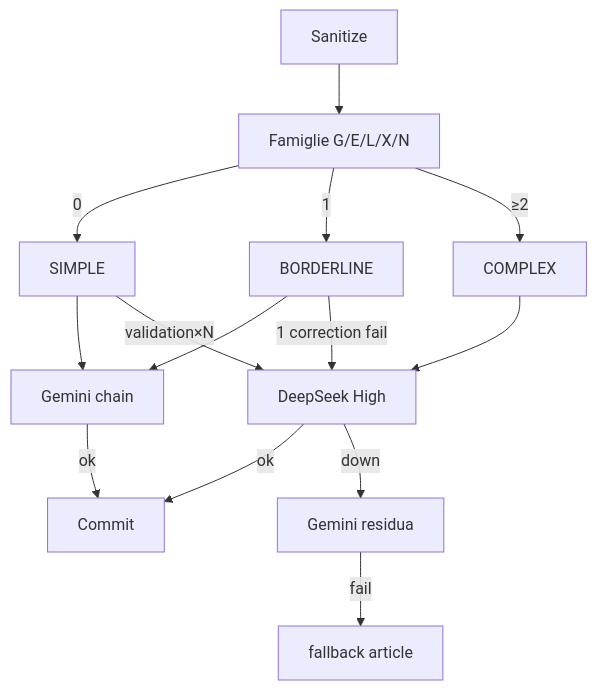
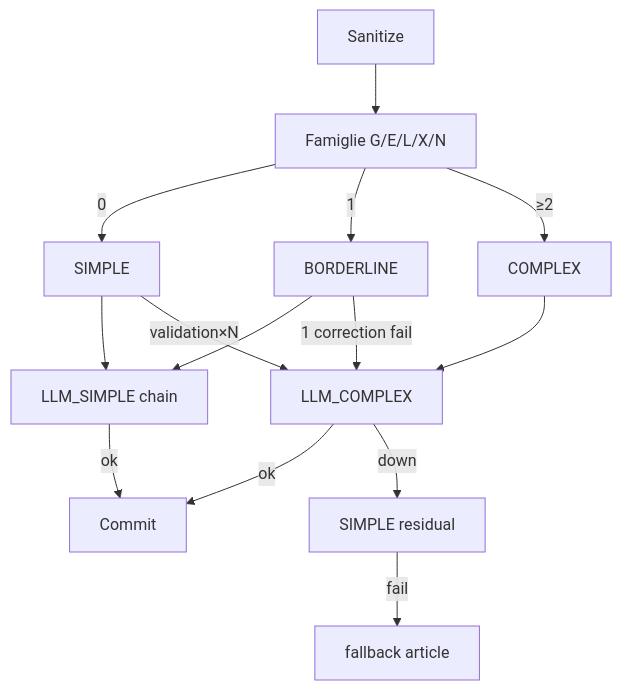
One commit to JiraaG/Intelligence-Dashboard changed the first of 2 diagrams in plan-audit/active/LLM_Multi_Model_Fallback_Phase_AB.md. Above: the diagram before and after it, drawn with Mermaid. The commit also changed other lines of this file and 18 other files, not shown here.

First line of the commit message:
feat(radar): env-configurable SIMPLE/COMPLEX LLM lanes (v2.2)

````diff
--- a/plan-audit/active/LLM_Multi_Model_Fallback_Phase_AB.md
+++ b/plan-audit/active/LLM_Multi_Model_Fallback_Phase_AB.md
@@ -253,16 +265,16 @@
 ```mermaid
 flowchart TD
   A[Sanitize] --> H[Famiglie G/E/L/X/N]
   H -->|0| S[SIMPLE]
   H -->|1| B[BORDERLINE]
   H -->|≥2| C[COMPLEX]
-  S --> G1[Gemini chain]
-  B --> G1
-  G1 -->|ok| OK[Commit]
-  B -->|1 correction fail| DS[DeepSeek High]
-  S -->|validation×N| DS
-  C --> DS
-  DS -->|ok| OK
-  DS -->|down| G2[Gemini residua]
-  G2 -->|fail| FB[fallback article]
+  S --> P1[LLM_SIMPLE chain]
+  B --> P1
+  P1 -->|ok| OK[Commit]
+  B -->|1 correction fail| P2[LLM_COMPLEX]
+  S -->|validation×N| P2
+  C --> P2
+  P2 -->|ok| OK
+  P2 -->|down| R[SIMPLE residual]
+  R -->|fail| FB[fallback article]
 ```
````
